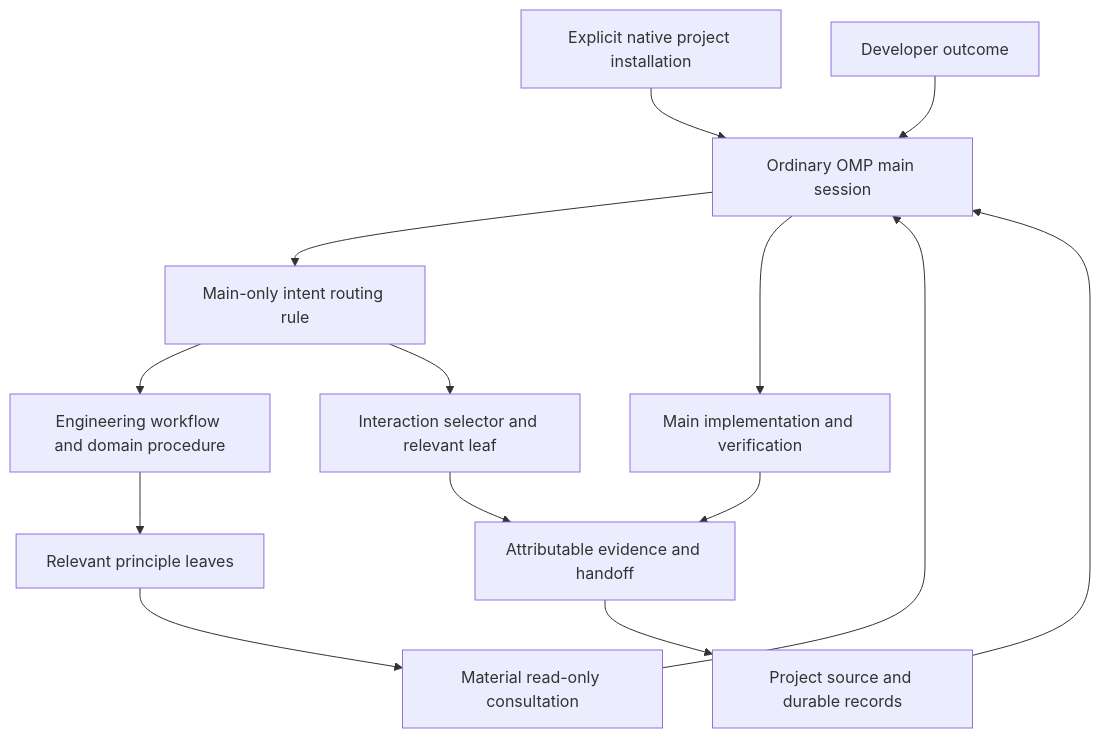
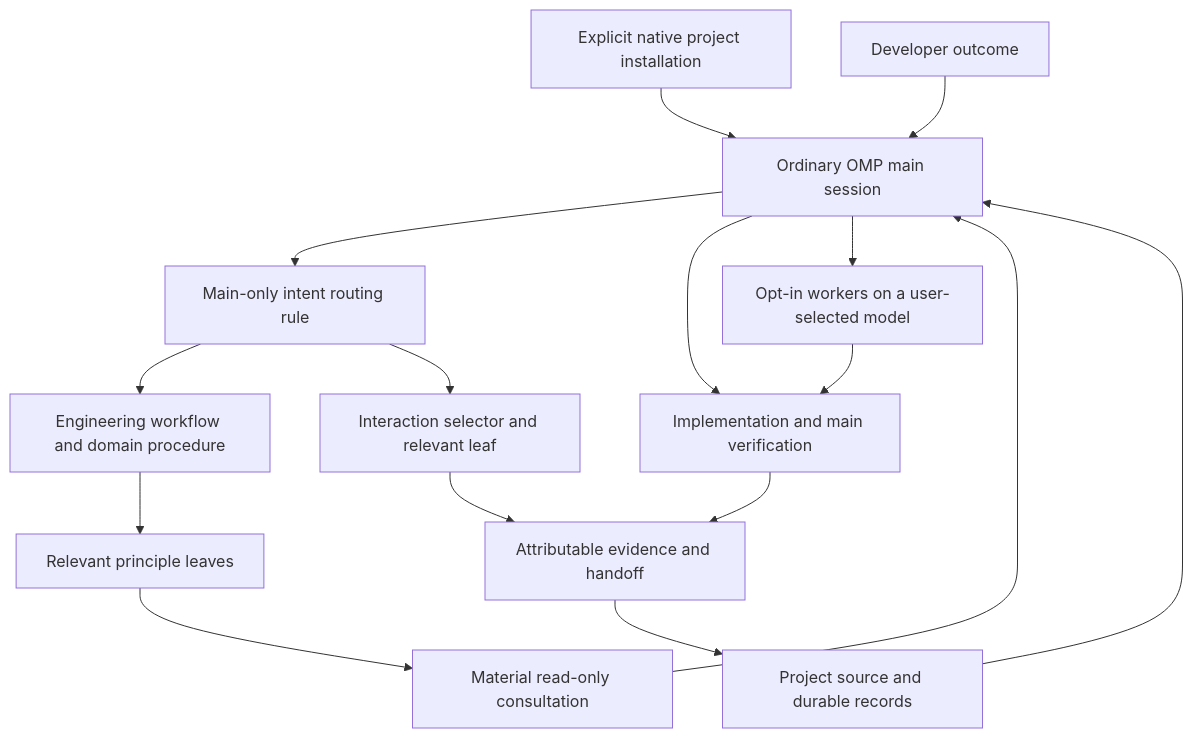
Before and after one commit to alduraimron/agent-first: the diagram in docs/architecture.md, drawn with Mermaid. The commit also changed other lines of this file and 12 other files, not shown here.

````diff
--- a/docs/architecture.md
+++ b/docs/architecture.md
@@ -7,16 +7,18 @@
 ```mermaid
 flowchart TD
     P[Explicit native project installation] --> M[Ordinary OMP main session]
     U[Developer outcome] --> M
     C[Project source and durable records] --> M
     M --> R[Main-only intent routing rule]
     R --> W[Engineering workflow and domain procedure]
     R --> S[Interaction selector and relevant leaf]
     W --> J[Relevant principle leaves]
     J --> A[Material read-only consultation]
     A --> M
-    M --> I[Main implementation and verification]
+    M --> I[Implementation and main verification]
+    M --> D[Opt-in workers on a user-selected model]
+    D --> I
     I --> E[Attributable evidence and handoff]
     S --> E
     E --> C
 ```
````
